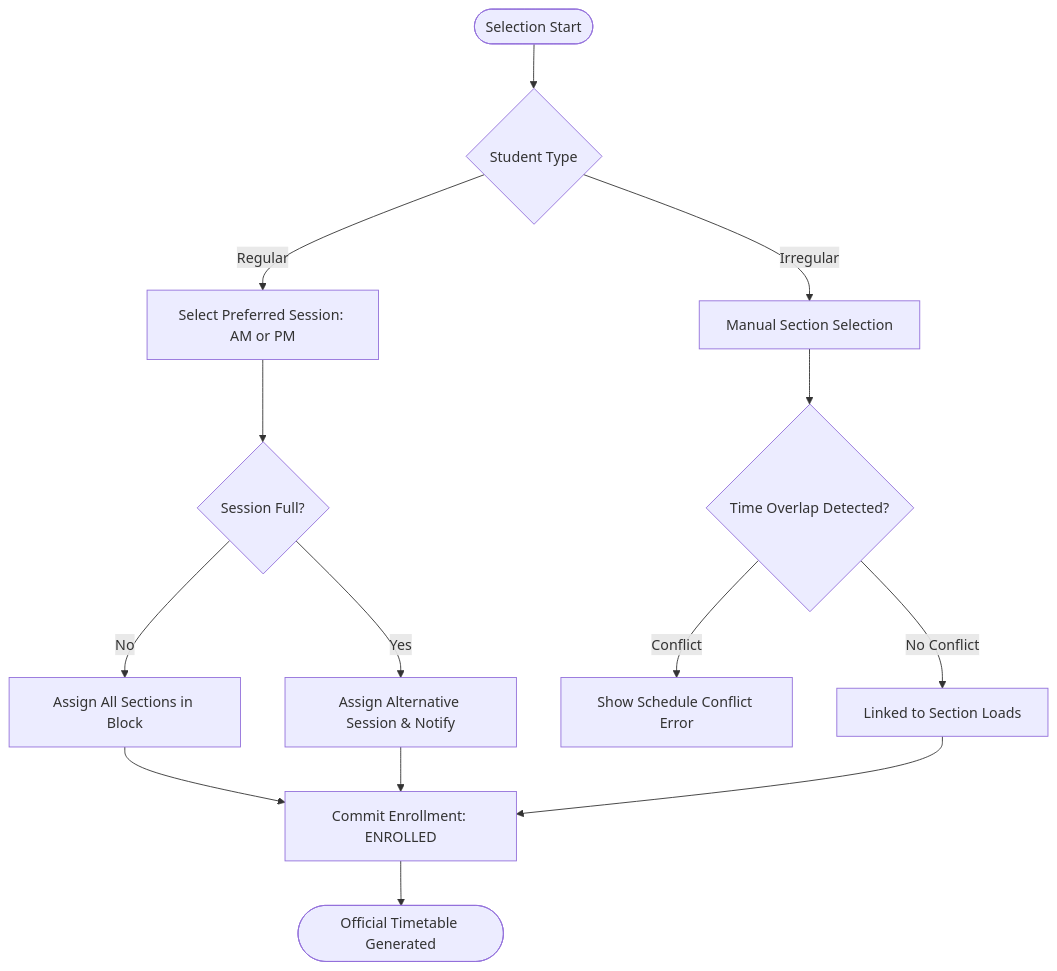
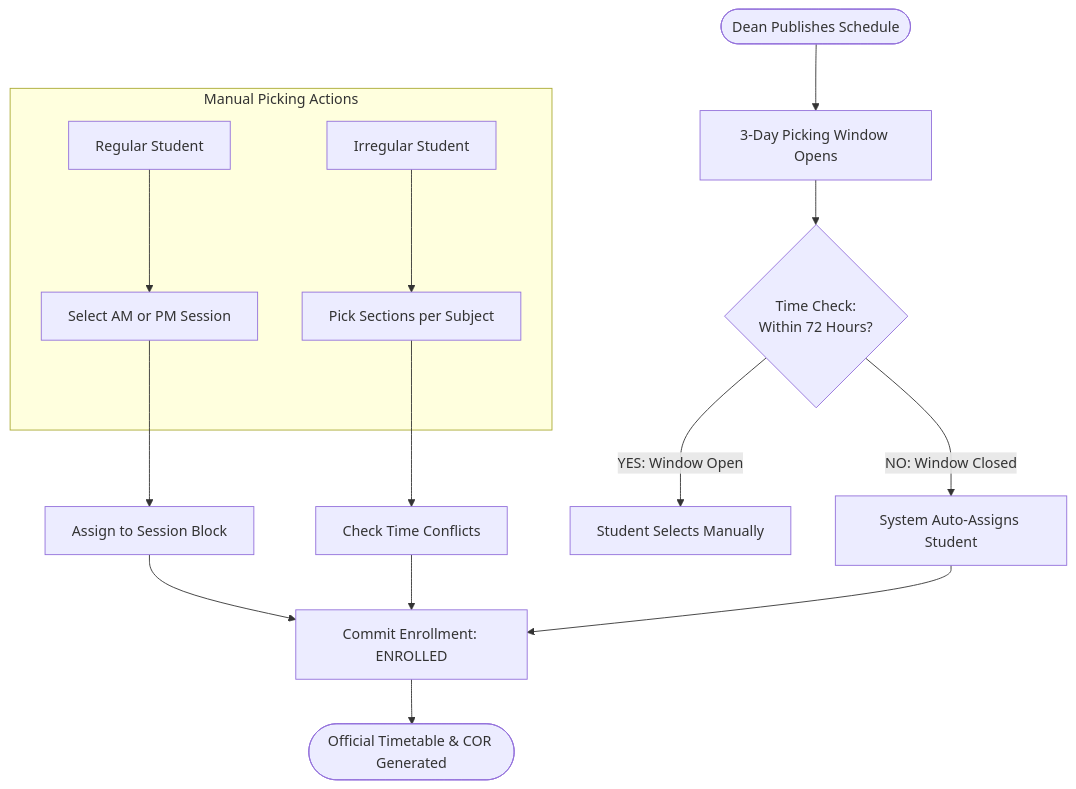
One commit to property360-2/richwell-potal changed the fourth of 4 diagrams in docs/flowcharts/enrollment-advising-master.md. Above: the diagram before and after it, drawn with Mermaid. The commit also changed other lines of this file and 16 other files, not shown here.

````diff
--- a/docs/flowcharts/enrollment-advising-master.md
+++ b/docs/flowcharts/enrollment-advising-master.md
@@ -77,20 +77,23 @@
 ```mermaid
 graph TD
-    Start([Selection Start]) --> StudentType{Student Type}
+    Start([Dean Publishes Schedule]) --> OpenWindow[3-Day Picking Window Opens]
     
-    StudentType -- "Regular" --> SessionSelect[Select Preferred Session: AM or PM]
-    SessionSelect --> CapacityCheck{Session Full?}
-    CapacityCheck -- "No" --> AssignBlock[Assign All Sections in Block]
-    CapacityCheck -- "Yes" --> Fallback[Assign Alternative Session & Notify]
+    OpenWindow --> WindowStatus{Time Check: <br/> Within 72 Hours?}
     
-    StudentType -- "Irregular" --> SectionSelect[Manual Section Selection]
-    SectionSelect --> ConflictCheck{Time Overlap Detected?}
-    ConflictCheck -- "Conflict" --> ShowError[Show Schedule Conflict Error]
-    ConflictCheck -- "No Conflict" --> AddToSched[Linked to Section Loads]
+    WindowStatus -- "YES: Window Open" --> StudentAccess[Student Selects Manually]
+    WindowStatus -- "NO: Window Closed" --> AutoAssign[System Auto-Assigns Student]
     
-    AssignBlock --> Finalize[Commit Enrollment: ENROLLED]
-    Fallback --> Finalize
-    AddToSched --> Finalize
+    subgraph StudentAction [Manual Picking Actions]
+        Regular[Regular Student] --> SessionSelect[Select AM or PM Session]
+        Irregular[Irregular Student] --> CustomSelect[Pick Sections per Subject]
+    end
     
-    Finalize --> End([Official Timetable Generated])
+    SessionSelect --> BlockAssign[Assign to Session Block]
+    CustomSelect --> ConflictCheck[Check Time Conflicts]
+    
+    BlockAssign --> Finalize[Commit Enrollment: ENROLLED]
+    ConflictCheck --> Finalize
+    AutoAssign --> Finalize
+    
+    Finalize --> End([Official Timetable & COR Generated])
 ```
````
